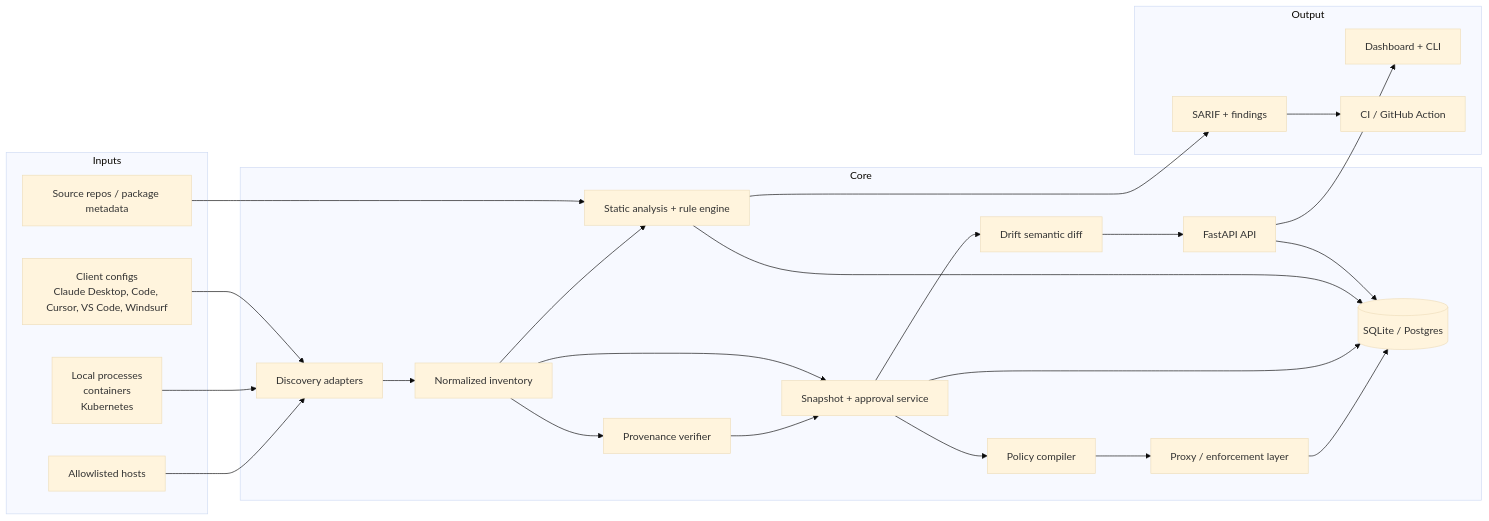
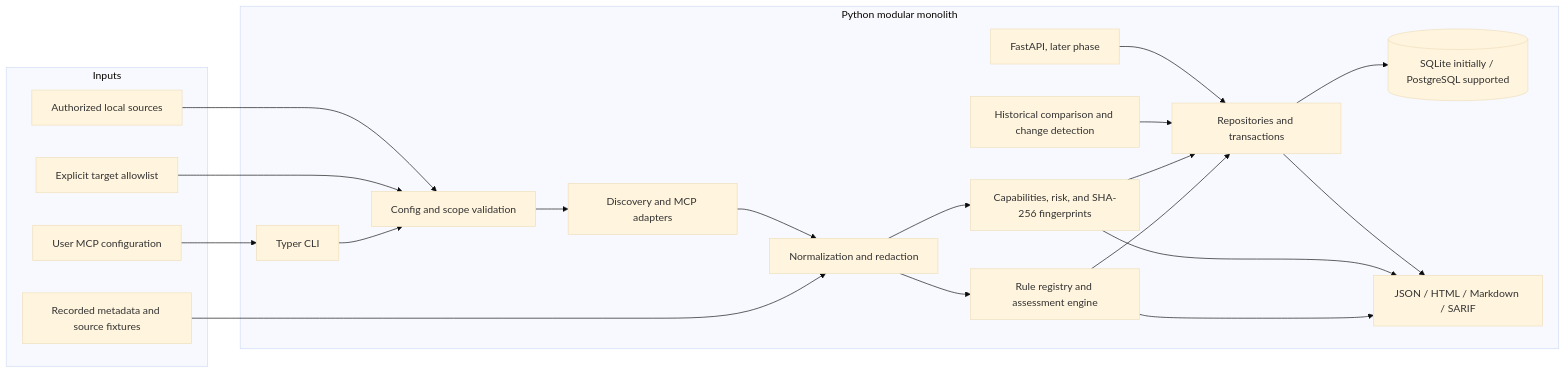
One commit to levinyangena-code/mcp-spm changed the diagram in docs/ARCHITECTURE.md. Above: the diagram before and after it, drawn with Mermaid (base theme). The commit also changed other lines of this file and 4 other files, not shown here.

Commit message:
Align M0 architecture, threat model, rules, and skeleton with CLI-first MCP-SPM specification

````diff
--- a/docs/ARCHITECTURE.md
+++ b/docs/ARCHITECTURE.md
@@ -14,49 +20,40 @@
 ```mermaid
 flowchart LR
   subgraph Inputs
-    Config[Client configs\nClaude Desktop, Code, Cursor, VS Code, Windsurf]
-    Proc[Local processes\ncontainers\nKubernetes]
-    Hosts[Allowlisted hosts]
-    Sources[Source repos / package metadata]
+    Config[User MCP configuration]
+    Local[Authorized local sources]
+    Allow[Explicit target allowlist]
+    Recorded[Recorded metadata and source fixtures]
   end
 
-  subgraph Core
-    DC[Discovery adapters]
-    INV[Normalized inventory]
-    AST[Static analysis + rule engine]
-    SNAP[Snapshot + approval service]
-    DIFF[Drift semantic diff]
-    PROV[Provenance verifier]
-    POL[Policy compiler]
-    PRX[Proxy / enforcement layer]
-    API[FastAPI API]
-    DB[(SQLite / Postgres)]
+  subgraph ModularMonolith[Python modular monolith]
+    CLI[Typer CLI]
+    Validate[Config and scope validation]
+    Discovery[Discovery and MCP adapters]
+    Normalize[Normalization and redaction]
+    Assess[Rule registry and assessment engine]
+    Analyze[Capabilities, risk, and SHA-256 fingerprints]
+    Monitor[Historical comparison and change detection]
+    Storage[Repositories and transactions]
+    DB[(SQLite initially / PostgreSQL supported)]
+    Report[JSON / HTML / Markdown / SARIF]
+    API[FastAPI, later phase]
   end
 
-  subgraph Output
-    SARIF[SARIF + findings]
-    DASH[Dashboard + CLI]
-    CI[CI / GitHub Action]
-  end
-
-  Config --> DC
-  Proc --> DC
-  Hosts --> DC
-  Sources --> AST
-  DC --> INV
-  INV --> AST
-  INV --> SNAP
-  INV --> PROV
-  AST --> SARIF
-  SNAP --> DIFF
-  PROV --> SNAP
-  SNAP --> POL
-  POL --> PRX
-  DIFF --> API
-  API --> DB
-  AST --> DB
-  SNAP --> DB
-  PRX --> DB
-  API --> DASH
-  SARIF --> CI
+  Config --> CLI --> Validate
+  Allow --> Validate
+  Local --> Validate
+  Recorded --> Normalize
+  Validate --> Discovery
+  Discovery --> Normalize
+  Normalize --> Assess
+  Normalize --> Analyze
+  Assess --> Storage
+  Analyze --> Storage
+  Monitor --> Storage
+  Storage --> DB
+  Assess --> Report
+  Analyze --> Report
+  Storage --> Report
+  API --> Storage
 ```
````
